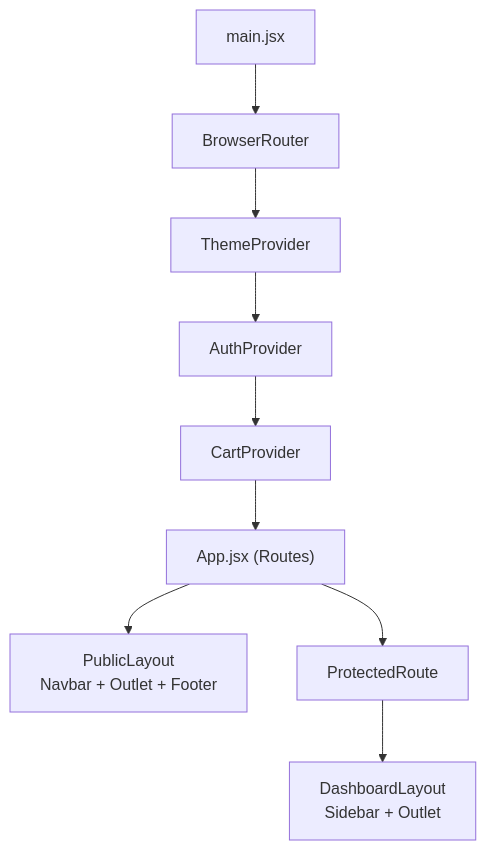
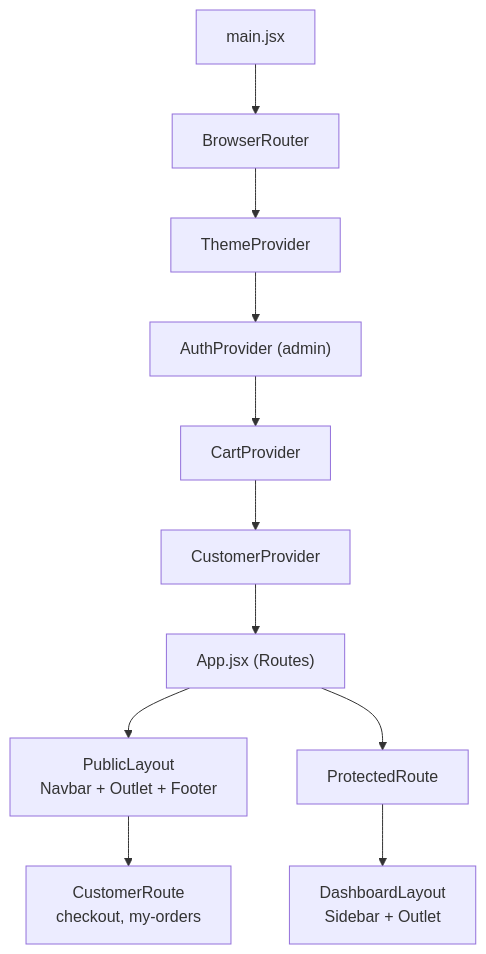
One commit to HassamKhan0826/React-E-Commerce-Admin-Management-System changed the first of 5 diagrams in README.md. Above: the diagram before and after it, drawn with Mermaid. The commit also changed other lines of this file and 13 other files, not shown here.

First line of the commit message:
docs: update README with customer accounts and checkout

````diff
--- a/README.md
+++ b/README.md
@@ -238,11 +268,13 @@
 ```mermaid
 flowchart TD
   A["main.jsx"] --> B["BrowserRouter"]
   B --> C["ThemeProvider"]
-  C --> D["AuthProvider"]
+  C --> D["AuthProvider (admin)"]
   D --> E["CartProvider"]
-  E --> F["App.jsx (Routes)"]
-  F --> G["PublicLayout<br/>Navbar + Outlet + Footer"]
-  F --> H["ProtectedRoute"]
-  H --> I["DashboardLayout<br/>Sidebar + Outlet"]
+  E --> F["CustomerProvider"]
+  F --> G["App.jsx (Routes)"]
+  G --> H["PublicLayout<br/>Navbar + Outlet + Footer"]
+  H --> I["CustomerRoute<br/>checkout, my-orders"]
+  G --> J["ProtectedRoute"]
+  J --> K["DashboardLayout<br/>Sidebar + Outlet"]
 ```
````
